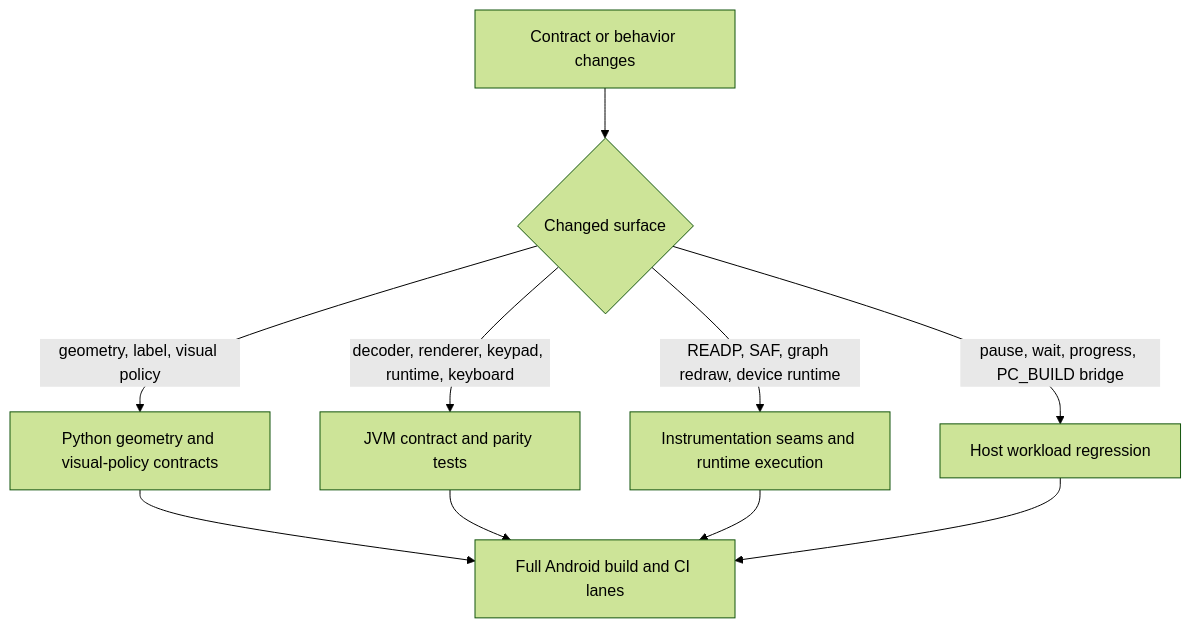
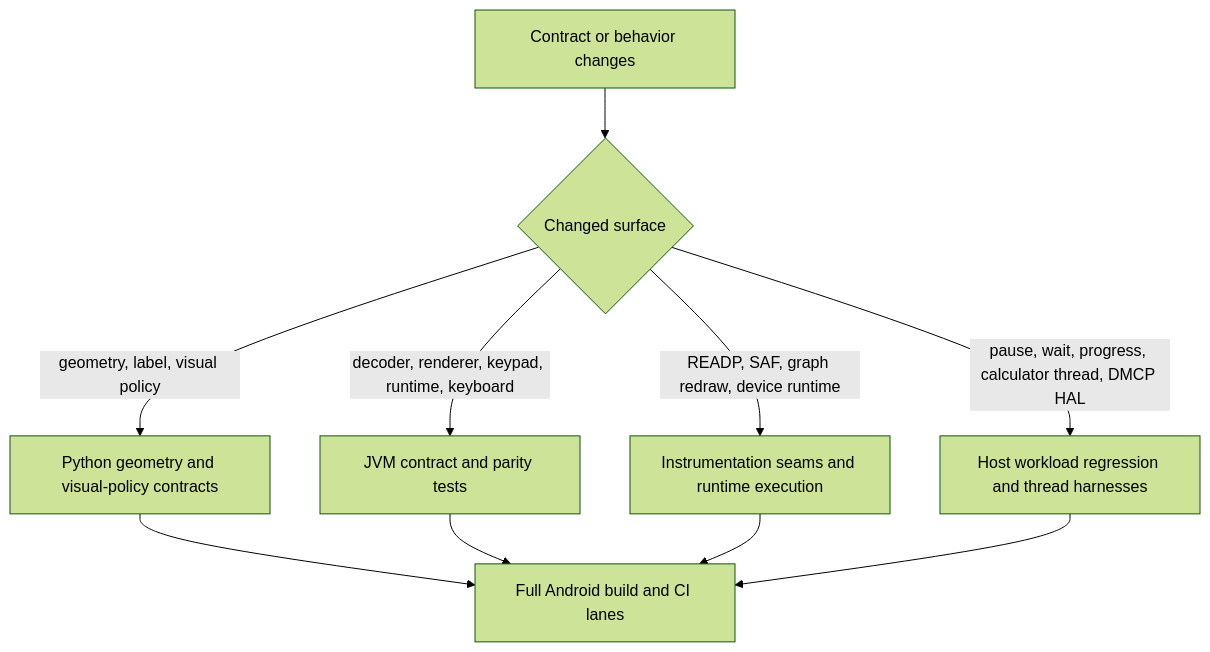
One commit to ppigazzini/r47zen changed the diagram in android/docs/dev/08-tests-and-contracts.md. Above: the diagram before and after it, drawn with Mermaid (forest theme). The commit also changed other lines of this file and 132 other files, not shown here.

First line of the commit message:
feat(core): run upstream's main loop on a calculator thread

````diff
--- a/android/docs/dev/08-tests-and-contracts.md
+++ b/android/docs/dev/08-tests-and-contracts.md
@@ -14,20 +14,20 @@
 ```mermaid
 flowchart TD
     A[Contract or behavior changes]
     B{Changed surface}
     C[Python geometry and visual-policy contracts]
     D[JVM contract and parity tests]
     E[Instrumentation seams and runtime execution]
-    F[Host workload regression]
+    F[Host workload regression and thread harnesses]
     G[Full Android build and CI lanes]
 
     A --> B
     B -->|geometry, label, visual policy| C
     B -->|decoder, renderer, keypad, runtime, keyboard| D
     B -->|READP, SAF, graph redraw, device runtime| E
-    B -->|pause, wait, progress, PC_BUILD bridge| F
+    B -->|pause, wait, progress, calculator thread, DMCP HAL| F
     C --> G
     D --> G
     E --> G
     F --> G
 ```
````
